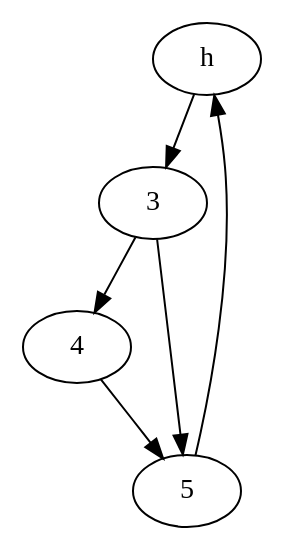
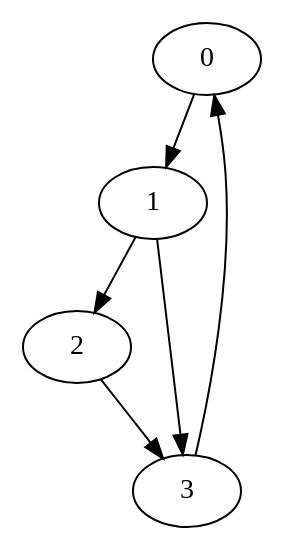
Before and after one commit to lterrac/circuit-retiming: the diagram in graphs/mini-correlator.dot, drawn with Graphviz. The commit also changed 53 other files, not shown here.

```diff
--- a/graphs/mini-correlator.dot
+++ b/graphs/mini-correlator.dot
@@ -1,13 +1,13 @@
 strict digraph correlator {
 	graph [name=correlator];
-	h	 [component_delay=0];
-	3	 [component_delay=3];
-	4	 [component_delay=3];
-	5	 [component_delay=7];
+	0	 [component_delay=0];
+	1	 [component_delay=3];
+	2	 [component_delay=3];
+	3	 [component_delay=7];
 
-	h -> 3	 [wire_delay=2];
-	3 -> 4	 [wire_delay=0];
-	3 -> 5	 [wire_delay=0];
-	4 -> 5	 [wire_delay=0];
-	5 -> h	 [wire_delay=0];
+	0 -> 1	 [wire_delay=2];
+	1 -> 2	 [wire_delay=0];
+	1 -> 3	 [wire_delay=0];
+	2 -> 3	 [wire_delay=0];
+	3 -> 0	 [wire_delay=0];
 }
```
